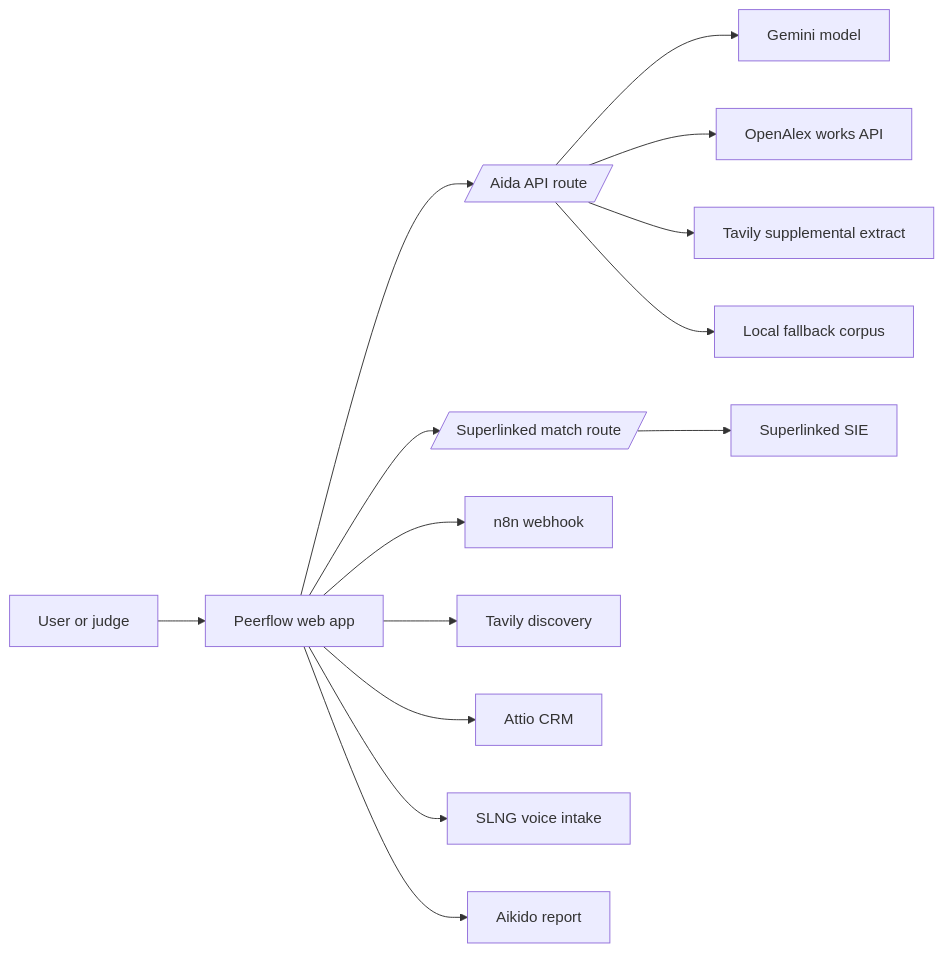
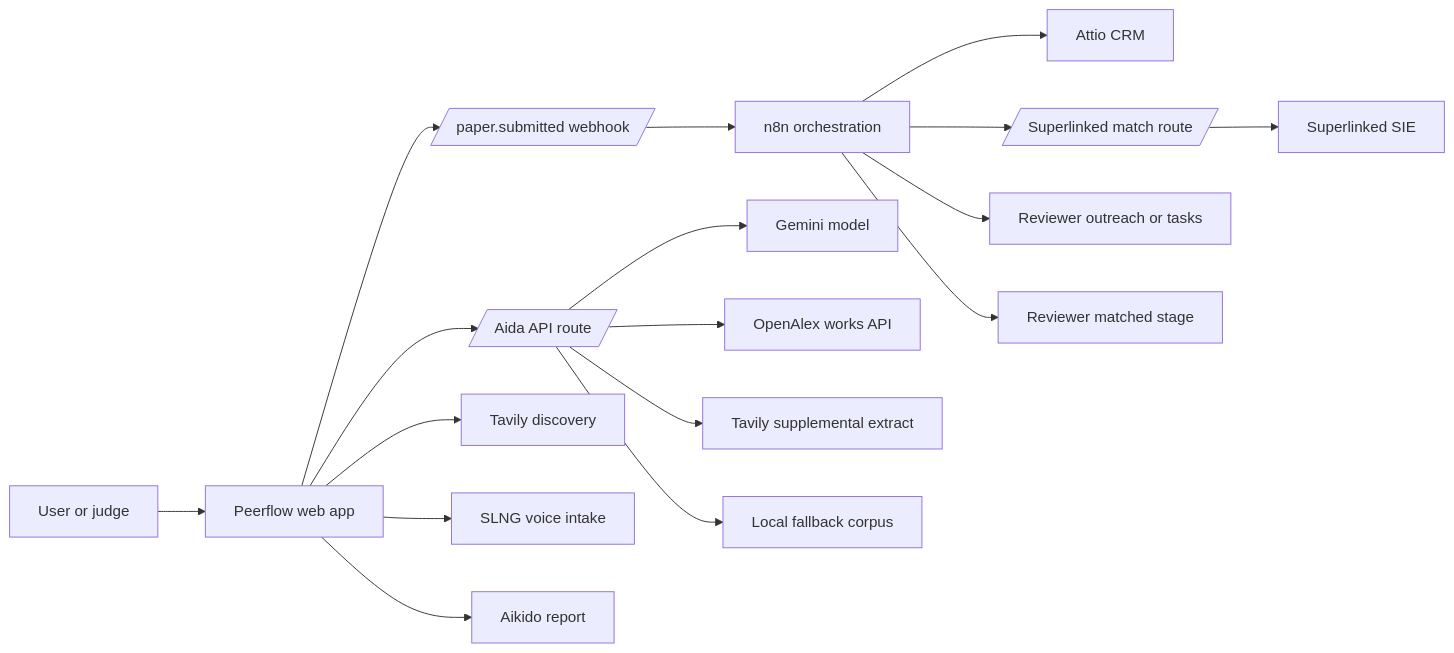
Before and after one commit to MasteraSnackin/Peerflow: the diagram in README.md, drawn with Mermaid. The commit also changed other lines of this file and 7 other files, not shown here.

````diff
--- a/README.md
+++ b/README.md
@@ -68,16 +68,19 @@
 ```mermaid
 flowchart LR
   User[User or judge] --> WebApp[Peerflow web app]
   WebApp --> AidaAPI[/Aida API route/]
-  WebApp --> MatchAPI[/Superlinked match route/]
-  WebApp --> Workflow[n8n webhook]
+  WebApp --> SubmitEvent[/paper.submitted webhook/]
   WebApp --> Discovery[Tavily discovery]
+  SubmitEvent --> N8N[n8n orchestration]
+  N8N --> CRM[Attio CRM]
+  N8N --> MatchAPI[/Superlinked match route/]
+  N8N --> Outreach[Reviewer outreach or tasks]
+  N8N --> Stage[Reviewer matched stage]
   AidaAPI --> Gemini[Gemini model]
   AidaAPI --> OpenAlex[OpenAlex works API]
   AidaAPI --> Tavily[Tavily supplemental extract]
   AidaAPI --> Corpus[Local fallback corpus]
   MatchAPI --> SIE[Superlinked SIE]
-  WebApp --> CRM[Attio CRM]
   WebApp --> Voice[SLNG voice intake]
   WebApp --> Security[Aikido report]
 ```
````
